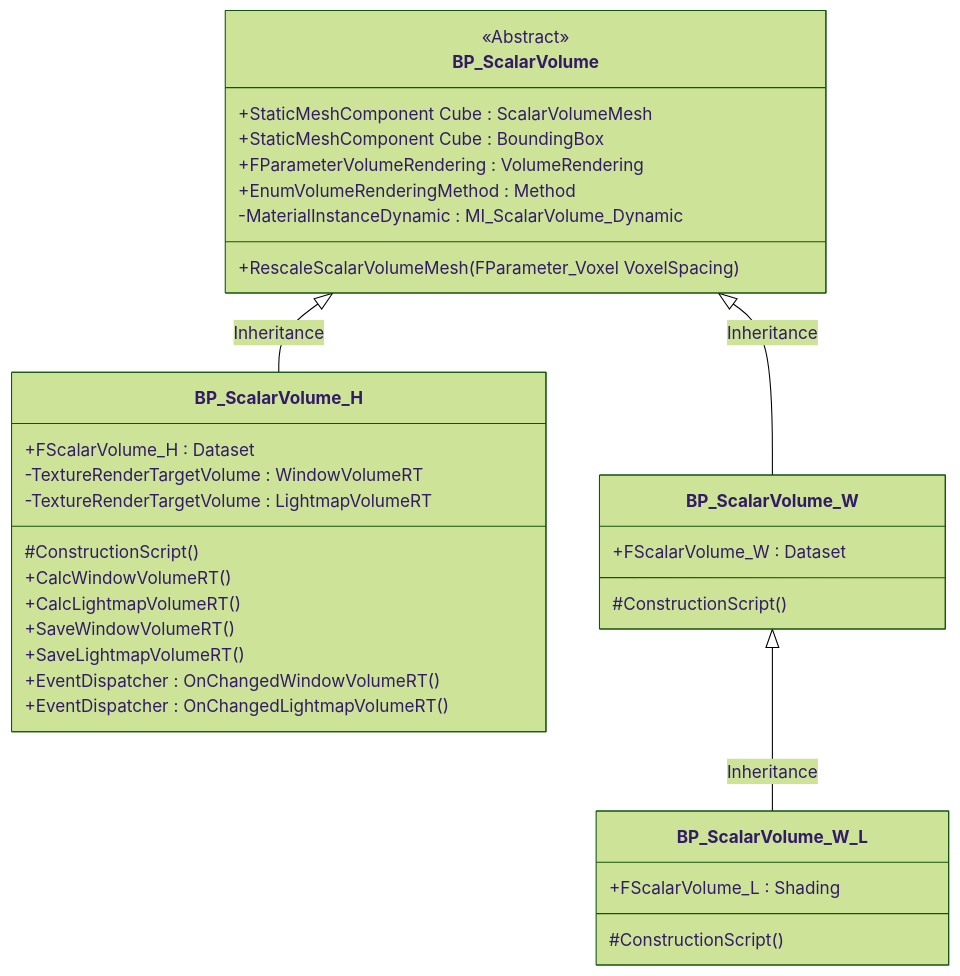
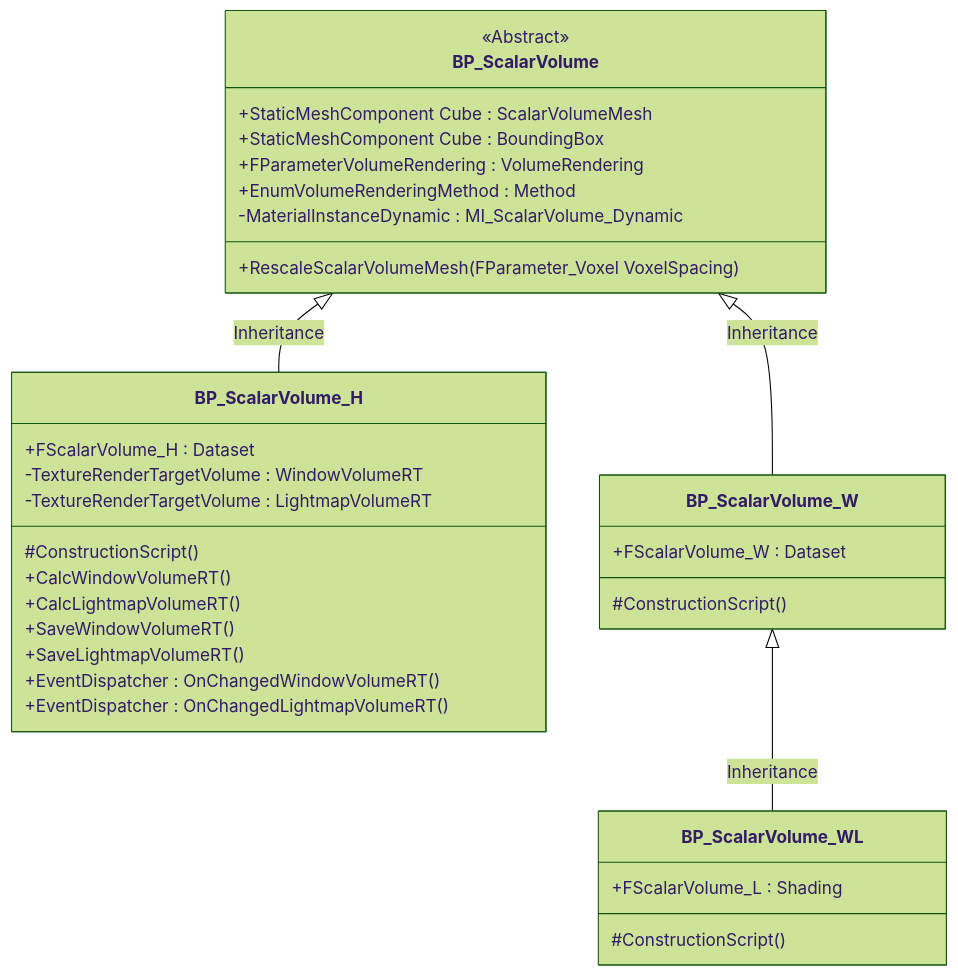
One commit to brugr9/UEPluginVolumeCreator changed the diagram in README.md. Above: the diagram before and after it, drawn with Mermaid (forest theme). The commit also changed other lines of this file, not shown here.

````diff
--- a/README.md
+++ b/README.md
@@ -152,37 +152,37 @@
 ```mermaid
 classDiagram
   class BP_ScalarVolume{
     +StaticMeshComponent Cube : ScalarVolumeMesh
     +StaticMeshComponent Cube : BoundingBox
     +FParameterVolumeRendering : VolumeRendering
     +EnumVolumeRenderingMethod : Method
     -MaterialInstanceDynamic : MI_ScalarVolume_Dynamic
     +RescaleScalarVolumeMesh(FParameter_Voxel VoxelSpacing)
   }
   class BP_ScalarVolume_H{
     +FScalarVolume_H : Dataset
     -TextureRenderTargetVolume : WindowVolumeRT
     -TextureRenderTargetVolume : LightmapVolumeRT
     #ConstructionScript()
     +CalcWindowVolumeRT()
     +CalcLightmapVolumeRT()
     +SaveWindowVolumeRT()
     +SaveLightmapVolumeRT()
     +EventDispatcher : OnChangedWindowVolumeRT()
     +EventDispatcher : OnChangedLightmapVolumeRT()
   }
   class BP_ScalarVolume_W{
     +FScalarVolume_W : Dataset
     #ConstructionScript()
   }
-  class BP_ScalarVolume_W_L{
+  class BP_ScalarVolume_WL{
     +FScalarVolume_L : Shading
     #ConstructionScript()
   }
 
   <<Abstract>> BP_ScalarVolume
 
   BP_ScalarVolume <|-- BP_ScalarVolume_H : Inheritance
   BP_ScalarVolume <|-- BP_ScalarVolume_W : Inheritance
-  BP_ScalarVolume_W <|-- BP_ScalarVolume_W_L : Inheritance
+  BP_ScalarVolume_W <|-- BP_ScalarVolume_WL : Inheritance
 ```
````
